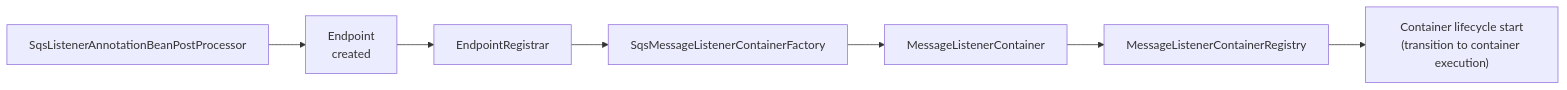
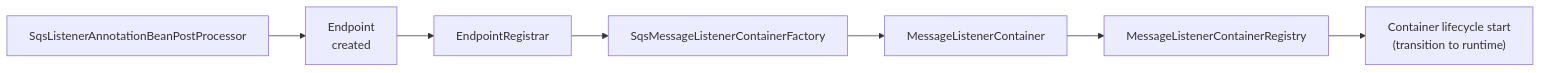
One commit to awspring/spring-cloud-aws changed the first of 2 diagrams in spring-cloud-aws-sqs/README.md. Above: the diagram before and after it, drawn with Mermaid. The commit also changed other lines of this file, not shown here.

````diff
--- a/spring-cloud-aws-sqs/README.md
+++ b/spring-cloud-aws-sqs/README.md
@@ -29,9 +29,9 @@
 ```mermaid
 flowchart LR
 	A["SqsListenerAnnotationBeanPostProcessor"] --> B["Endpoint\ncreated"]
 	B --> C["EndpointRegistrar"]
 	C --> D["SqsMessageListenerContainerFactory"]
 	D --> E["MessageListenerContainer"]
 	E --> F["MessageListenerContainerRegistry"]
-	F --> G["Container lifecycle start\n(transition to container execution)"]
+	F --> G["Container lifecycle start\n(transition to runtime)"]
 ```
````
